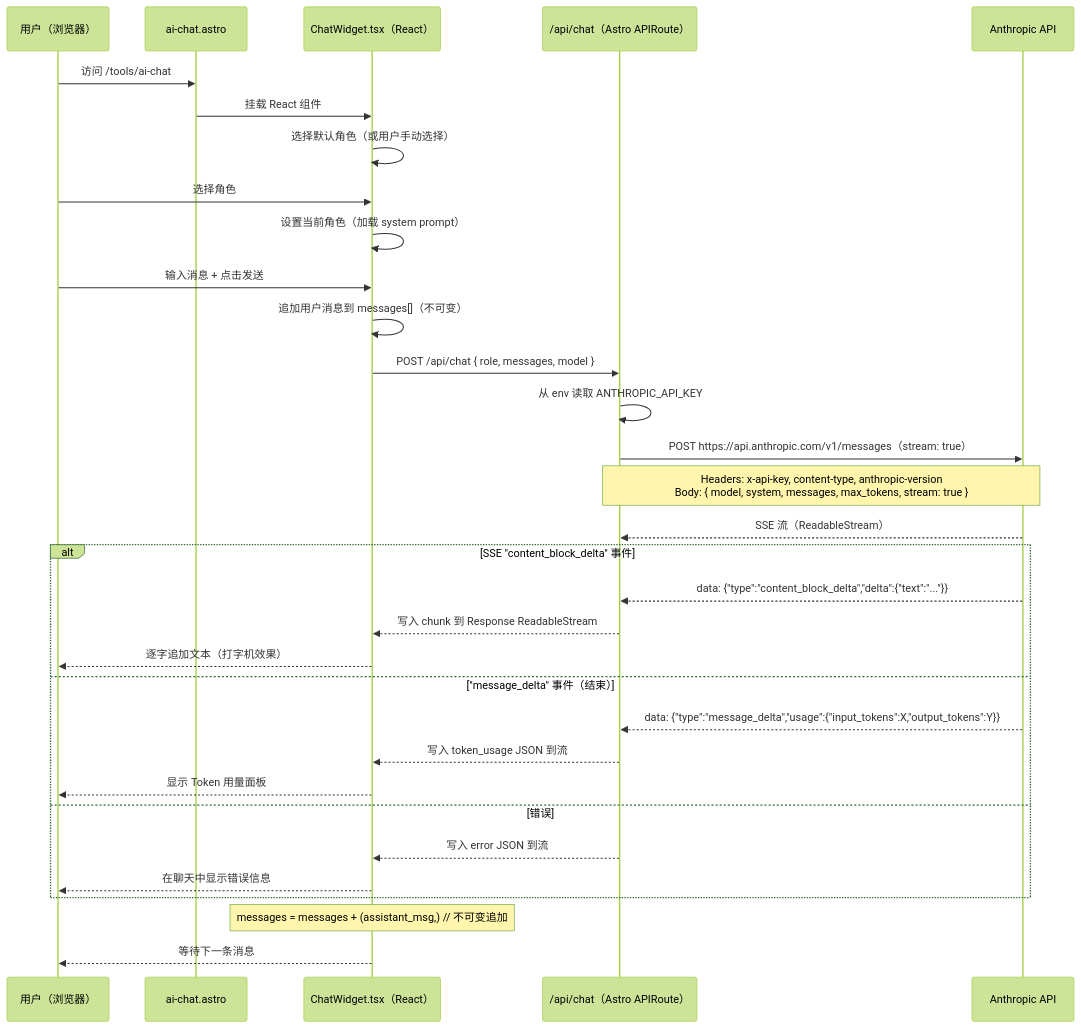
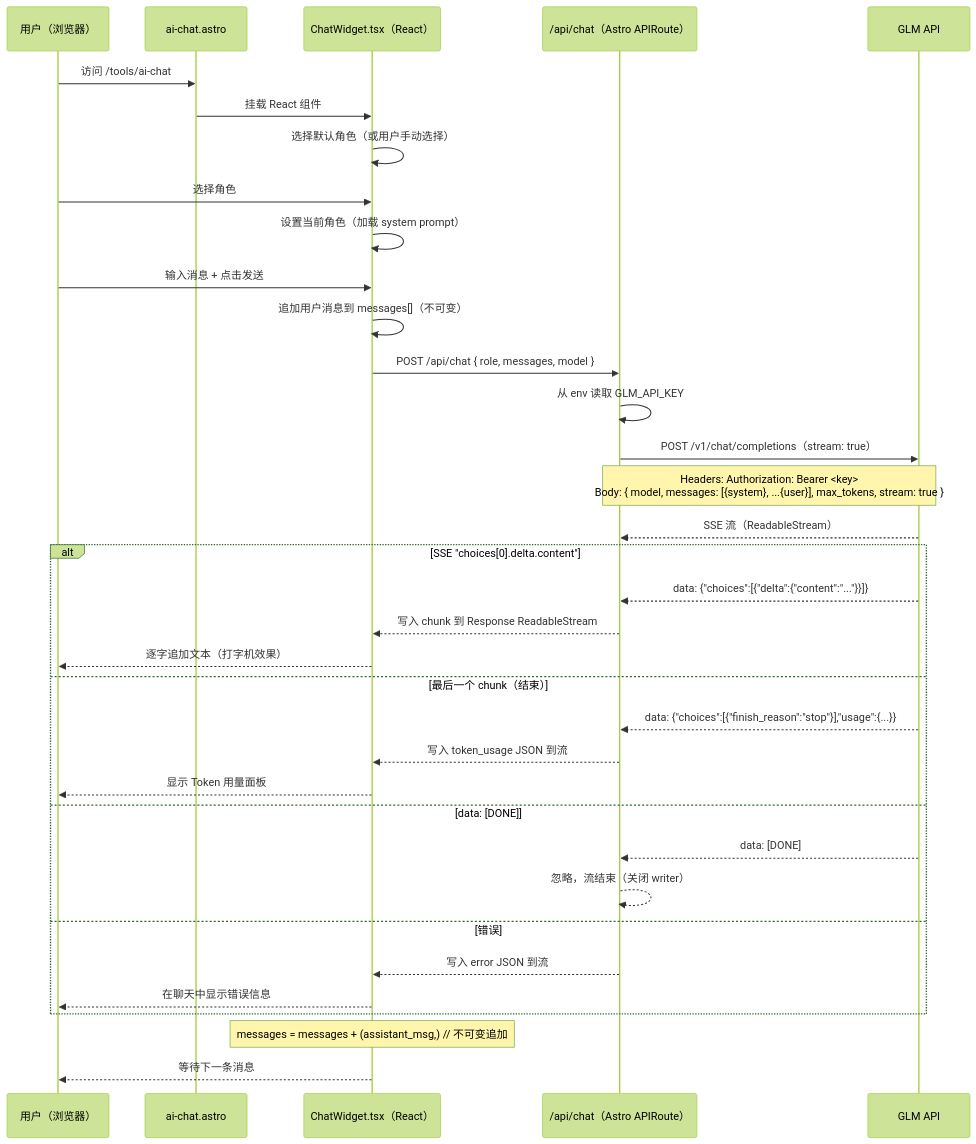
The diagram in plans/phase2-web-chat.md (cbl315/ai-roadmap), drawn with Mermaid (forest theme) before and after one commit. The commit also changed other lines of this file, not shown here.

Commit message:
docs: add full prompts.chat role prompts as appendix (210 roles)

````diff
--- a/plans/phase2-web-chat.md
+++ b/plans/phase2-web-chat.md
@@ -55,40 +56,43 @@
 ```mermaid
 sequenceDiagram
     participant User as 用户（浏览器）
     participant Page as ai-chat.astro
     participant Widget as ChatWidget.tsx（React）
     participant API as /api/chat（Astro APIRoute）
-    participant Anthropic as Anthropic API
+    participant GLM as GLM API
 
     User->>Page: 访问 /tools/ai-chat
     Page->>Widget: 挂载 React 组件
     Widget->>Widget: 选择默认角色（或用户手动选择）
 
     User->>Widget: 选择角色
     Widget->>Widget: 设置当前角色（加载 system prompt）
 
     User->>Widget: 输入消息 + 点击发送
     Widget->>Widget: 追加用户消息到 messages[]（不可变）
     Widget->>API: POST /api/chat { role, messages, model }
 
-    API->>API: 从 env 读取 ANTHROPIC_API_KEY
-    API->>Anthropic: POST https://api.anthropic.com/v1/messages（stream: true）
-    Note over API,Anthropic: Headers: x-api-key, content-type, anthropic-version<br/>Body: { model, system, messages, max_tokens, stream: true }
+    API->>API: 从 env 读取 GLM_API_KEY
+    API->>GLM: POST /v1/chat/completions（stream: true）
+    Note over API,GLM: Headers: Authorization: Bearer <key><br/>Body: { model, messages: [{system}, ...{user}], max_tokens, stream: true }
 
-    Anthropic-->>API: SSE 流（ReadableStream）
-    alt SSE "content_block_delta" 事件
-        Anthropic-->>API: data: {"type":"content_block_delta","delta":{"text":"..."}}
+    GLM-->>API: SSE 流（ReadableStream）
+    alt SSE "choices[0].delta.content"
+        GLM-->>API: data: {"choices":[{"delta":{"content":"..."}}]}
         API-->>Widget: 写入 chunk 到 Response ReadableStream
         Widget-->>User: 逐字追加文本（打字机效果）
-    else "message_delta" 事件（结束）
-        Anthropic-->>API: data: {"type":"message_delta","usage":{"input_tokens":X,"output_tokens":Y}}
+    else 最后一个 chunk（结束）
+        GLM-->>API: data: {"choices":[{"finish_reason":"stop"}],"usage":{...}}
         API-->>Widget: 写入 token_usage JSON 到流
         Widget-->>User: 显示 Token 用量面板
+    else data: [DONE]
+        GLM-->>API: data: [DONE]
+        API-->>API: 忽略，流结束（关闭 writer）
     else 错误
         API-->>Widget: 写入 error JSON 到流
         Widget-->>User: 在聊天中显示错误信息
     end
 
     Note over Widget: messages = messages + (assistant_msg,) // 不可变追加
     Widget-->>User: 等待下一条消息
 ```
````
